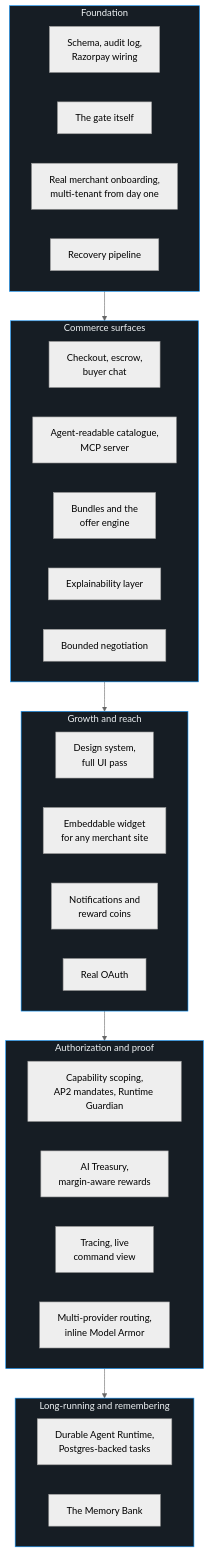
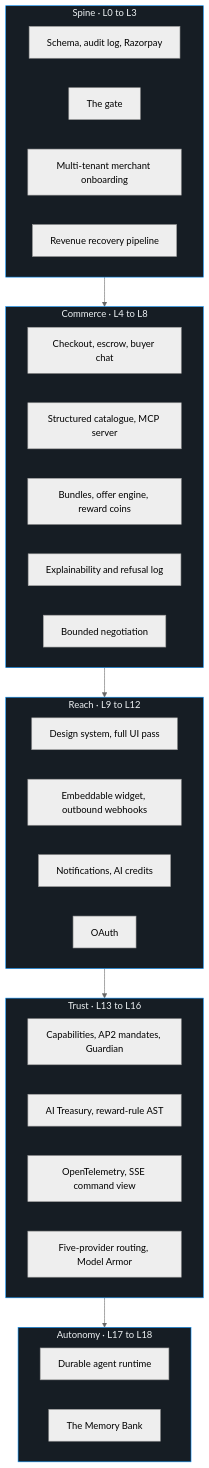
Before and after one commit to shivanshv45/ThirdMan: the second of 3 diagrams in README.md, drawn with Mermaid (neutral theme). The commit also changed other lines of this file, not shown here.

````diff
--- a/README.md
+++ b/README.md
@@ -110,44 +162,39 @@
 ```mermaid
 flowchart TD
-    subgraph Foundation["Foundation"]
-        L0["Schema, audit log,<br/>Razorpay wiring"]
-        L1["The gate itself"]
-        L2["Real merchant onboarding,<br/>multi-tenant from day one"]
-        L3["Recovery pipeline"]
+    subgraph S1["Spine · L0 to L3"]
+        A["Schema, audit log, Razorpay"]
+        B["The gate"]
+        C["Multi-tenant merchant onboarding"]
+        D["Revenue recovery pipeline"]
     end
+    subgraph S2["Commerce · L4 to L8"]
+        E["Checkout, escrow, buyer chat"]
+        F["Structured catalogue, MCP server"]
+        H["Bundles, offer engine, reward coins"]
+        I["Explainability and refusal log"]
+        J["Bounded negotiation"]
+    end
+    subgraph S3["Reach · L9 to L12"]
+        K["Design system, full UI pass"]
+        L["Embeddable widget, outbound webhooks"]
+        M["Notifications, AI credits"]
+        N["OAuth"]
+    end
+    subgraph S4["Trust · L13 to L16"]
+        O["Capabilities, AP2 mandates, Guardian"]
+        P["AI Treasury, reward-rule AST"]
+        Q["OpenTelemetry, SSE command view"]
+        R["Five-provider routing, Model Armor"]
+    end
+    subgraph S5["Autonomy · L17 to L18"]
+        T["Durable agent runtime"]
+        U["The Memory Bank"]
+    end
+    S1 --> S2 --> S3 --> S4 --> S5
 
-    subgraph Commerce["Commerce surfaces"]
-        L4["Checkout, escrow,<br/>buyer chat"]
-        L5["Agent-readable catalogue,<br/>MCP server"]
-        L6["Bundles and the<br/>offer engine"]
-        L7["Explainability layer"]
-        L8["Bounded negotiation"]
-    end
-
-    subgraph Scale["Growth and reach"]
-        L9["Design system,<br/>full UI pass"]
-        L10["Embeddable widget<br/>for any merchant site"]
-        L11["Notifications and<br/>reward coins"]
-        L12["Real OAuth"]
-    end
-
-    subgraph Trust["Authorization and proof"]
-        L13["Capability scoping,<br/>AP2 mandates, Runtime Guardian"]
-        L14["AI Treasury,<br/>margin-aware rewards"]
-        L15["Tracing, live<br/>command view"]
-        L16["Multi-provider routing,<br/>inline Model Armor"]
-    end
-
-    subgraph Autonomy["Long-running and remembering"]
-        L17["Durable Agent Runtime,<br/>Postgres-backed tasks"]
-        L18["The Memory Bank"]
-    end
-
-    Foundation --> Commerce --> Scale --> Trust --> Autonomy
-
-    style Foundation fill:#161d24,color:#eef2f4,stroke:#0d94fb
-    style Commerce fill:#161d24,color:#eef2f4,stroke:#0d94fb
-    style Scale fill:#161d24,color:#eef2f4,stroke:#0d94fb
-    style Trust fill:#161d24,color:#eef2f4,stroke:#0d94fb
-    style Autonomy fill:#161d24,color:#eef2f4,stroke:#0d94fb
+    style S1 fill:#161d24,color:#eef2f4,stroke:#0d94fb
+    style S2 fill:#161d24,color:#eef2f4,stroke:#0d94fb
+    style S3 fill:#161d24,color:#eef2f4,stroke:#0d94fb
+    style S4 fill:#161d24,color:#eef2f4,stroke:#0d94fb
+    style S5 fill:#161d24,color:#eef2f4,stroke:#0d94fb
 ```
````
